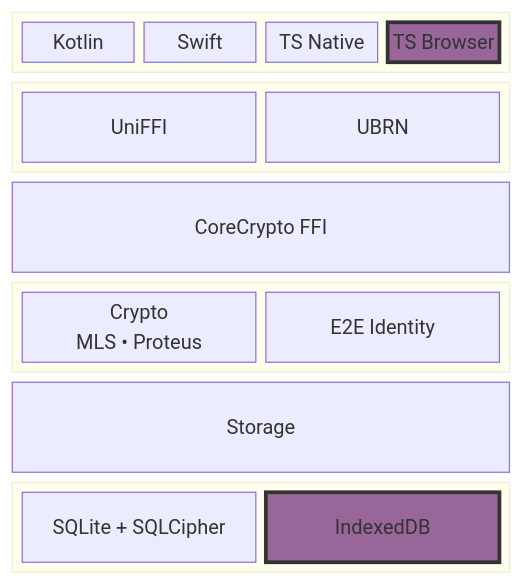
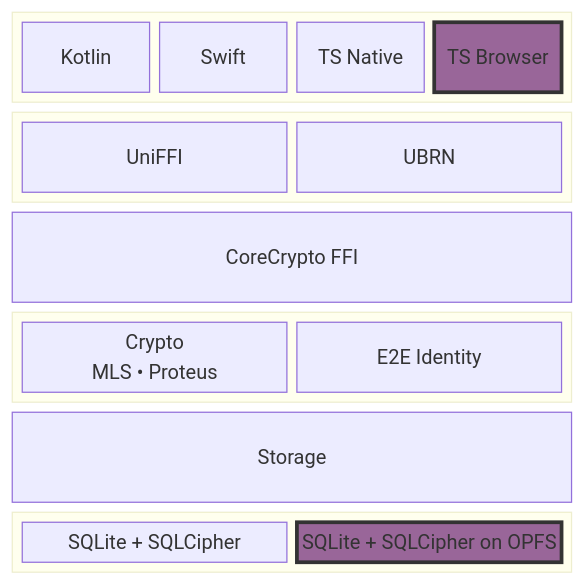
Before and after one commit to wireapp/core-crypto: the first of 2 diagrams in cc-book/src/development/ARCHITECTURE.md, drawn with Mermaid. The commit also changed other lines of this file and 2 other files, not shown here.

````diff
--- a/cc-book/src/development/ARCHITECTURE.md
+++ b/cc-book/src/development/ARCHITECTURE.md
@@ -3,34 +3,34 @@
 ```mermaid
 block-beta
 
 columns 1
 
 block:system
     Kotlin
     Swift
     TSN["TS Native"]
     TSB["TS Browser"]
 end
 
 block:uniffi
     UniFFI
     UBRN
 end
 
 RUSTFFI["CoreCrypto FFI"]
 
 block:crypto
     CRYPTO["Crypto<br/>MLS • Proteus"]
     E2EI["E2E Identity"]
 end
 
 STORAGE["Storage"]
 block:database
     Native["SQLite + SQLCipher"]
-    Browser["IndexedDB"]
+    Browser["SQLite + SQLCipher on OPFS"]
 end
 
 classDef highlighted fill:#969,stroke:#333,stroke-width:3px;
 class TSB highlighted
 class Browser highlighted
 ```
````
